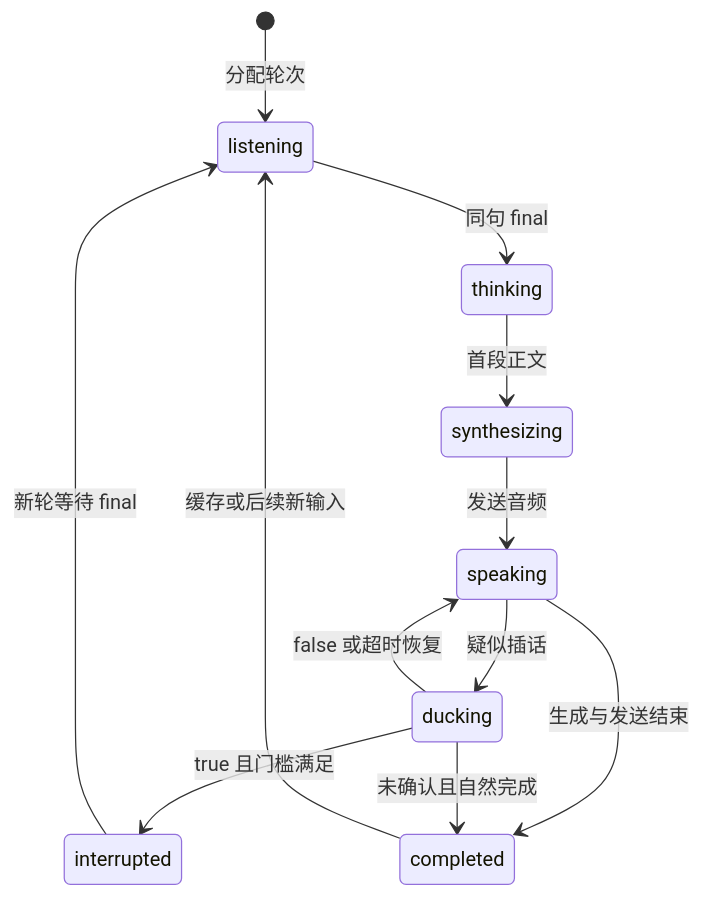
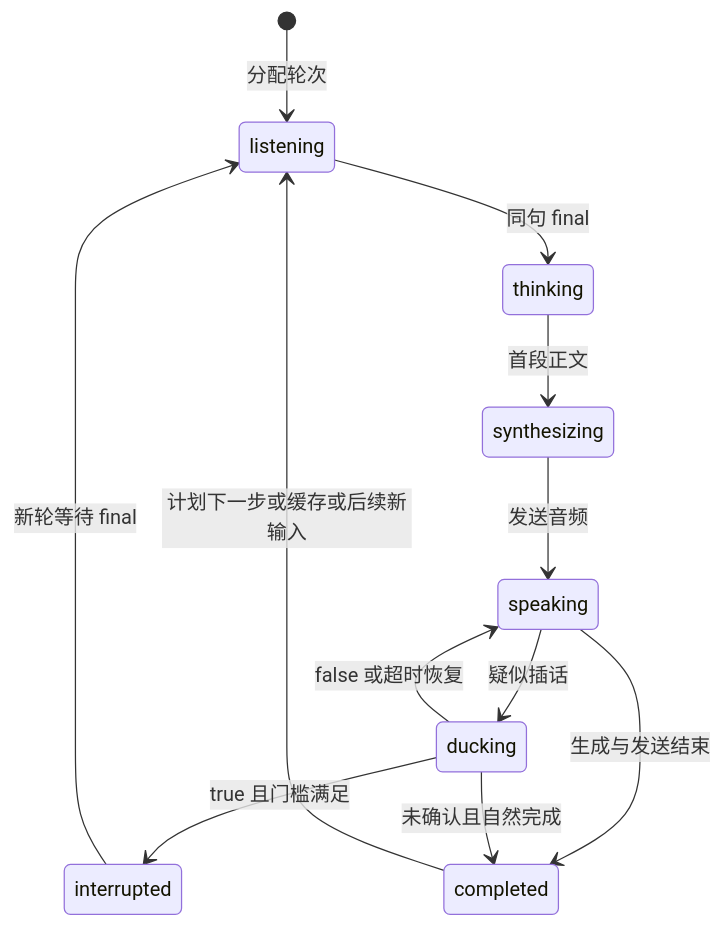
The second of 3 diagrams in docs/架构与状态机说明.md (zjn20021020/WebRTC), drawn with Mermaid before and after one commit. The commit also changed other lines of this file and 55 other files, not shown here.

````diff
--- a/docs/架构与状态机说明.md
+++ b/docs/架构与状态机说明.md
@@ -54,14 +59,14 @@
 ```mermaid
 stateDiagram-v2
   [*] --> listening: 分配轮次
   listening --> thinking: 同句 final
   thinking --> synthesizing: 首段正文
   synthesizing --> speaking: 发送音频
   speaking --> ducking: 疑似插话
   ducking --> speaking: false 或超时恢复
   ducking --> interrupted: true 且门槛满足
   speaking --> completed: 生成与发送结束
   ducking --> completed: 未确认且自然完成
   interrupted --> listening: 新轮等待 final
-  completed --> listening: 缓存或后续新输入
+  completed --> listening: 计划下一步或缓存或后续新输入
 ```
````
